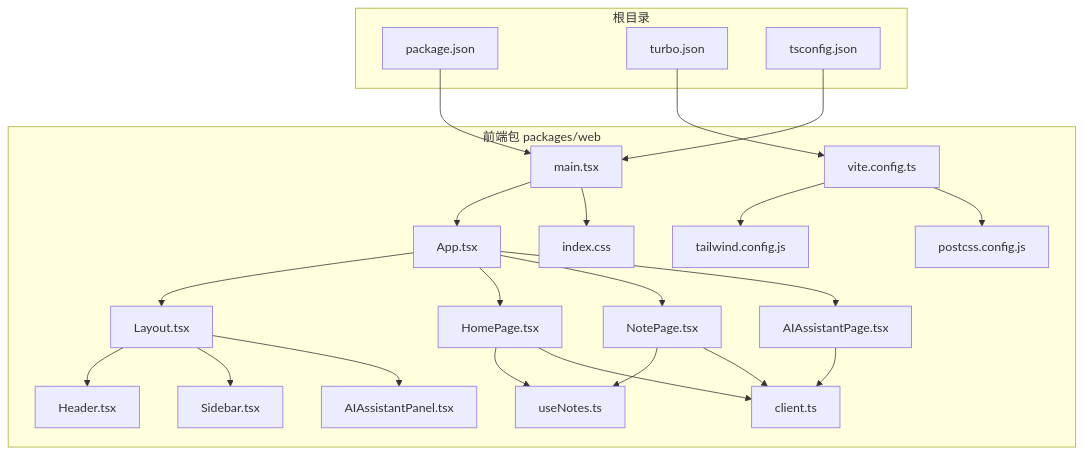
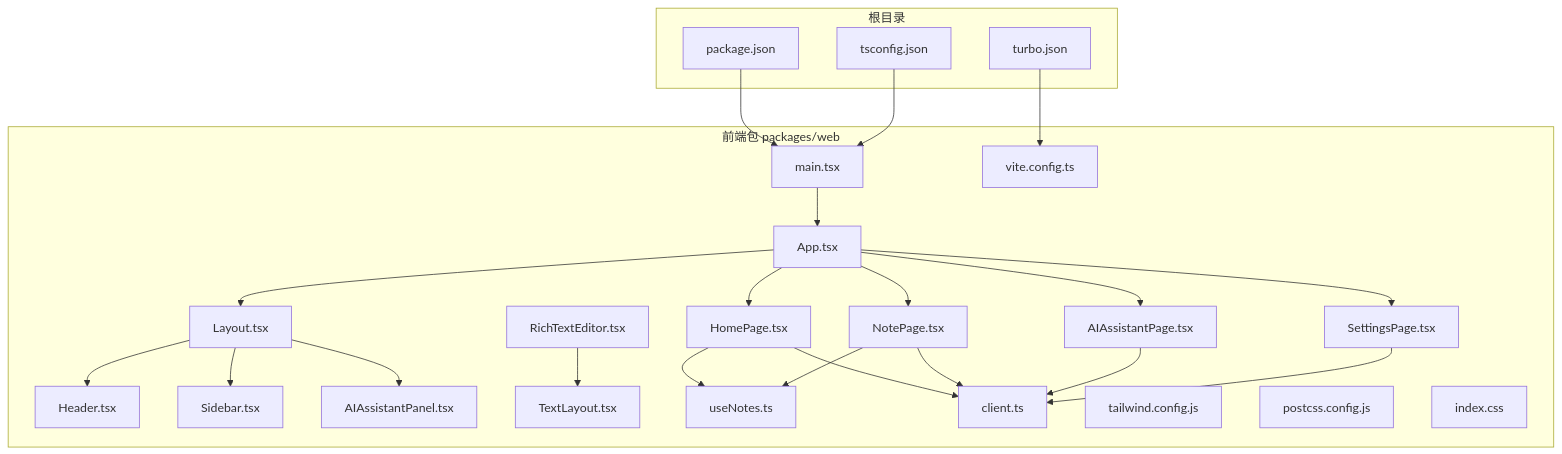
One commit to acproject/tomato_notebook changed the first of 10 diagrams in .qoder/repowiki/zh/content/Web前端应用/Web前端应用.md. Above: the diagram before and after it, drawn with Mermaid. The commit also changed other lines of this file and 14 other files, not shown here.

````diff
--- a/.qoder/repowiki/zh/content/Web前端应用/Web前端应用.md
+++ b/.qoder/repowiki/zh/content/Web前端应用/Web前端应用.md
@@ -43,44 +48,47 @@
 ```mermaid
 graph TB
 subgraph "根目录"
 P["package.json"]
 T["turbo.json"]
 TS["tsconfig.json"]
 end
 subgraph "前端包 packages/web"
 M["main.tsx"]
 APP["App.tsx"]
 L["Layout.tsx"]
 H["Header.tsx"]
 S["Sidebar.tsx"]
 AIP["AIAssistantPanel.tsx"]
+RTE["RichTextEditor.tsx"]
+TL["TextLayout.tsx"]
 UN["useNotes.ts"]
 C["client.ts"]
 HP["HomePage.tsx"]
 NP["NotePage.tsx"]
 AIPG["AIAssistantPage.tsx"]
+SP["SettingsPage.tsx"]
 VC["vite.config.ts"]
 TW["tailwind.config.js"]
 PC["postcss.config.js"]
 CSS["index.css"]
 end
 P --> M
 T --> VC
 TS --> M
 M --> APP
 APP --> L
 L --> H
 L --> S
 L --> AIP
 APP --> HP
 APP --> NP
 APP --> AIPG
+APP --> SP
 HP --> UN
 NP --> UN
 HP --> C
 NP --> C
 AIPG --> C
-VC --> TW
-VC --> PC
-M --> CSS
+SP --> C
+RTE --> TL
 ```
````
